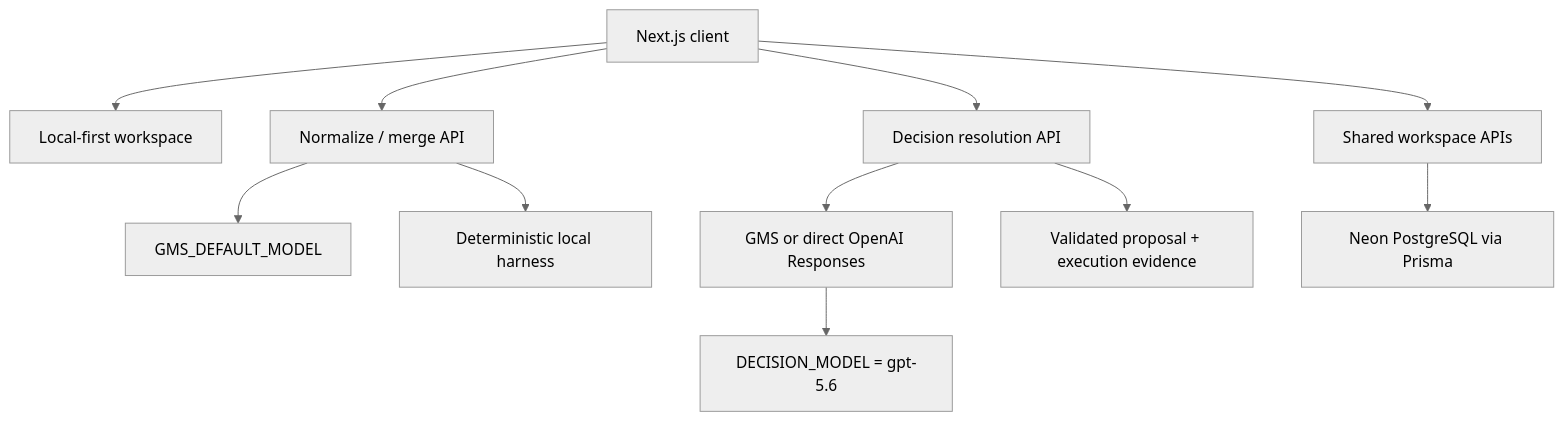
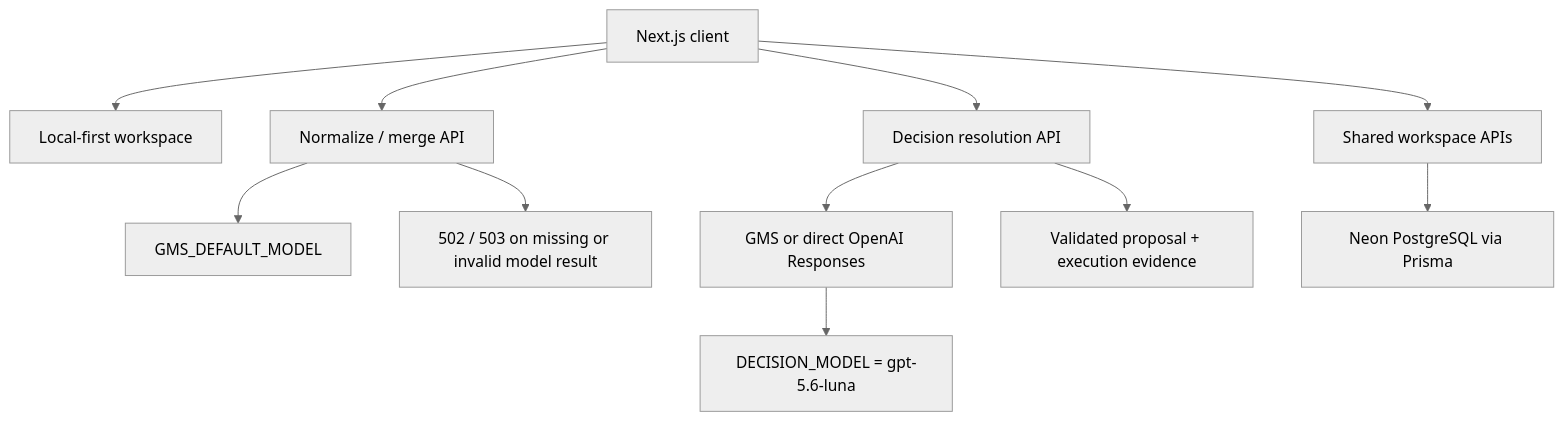
The second of 2 diagrams in README.md (whtjddlr/planmerge-ai), drawn with Mermaid (neutral theme) before and after one commit. The commit also changed other lines of this file and 37 other files, not shown here.

````diff
--- a/README.md
+++ b/README.md
@@ -209,13 +215,13 @@
 ```mermaid
 flowchart TB
     UI["Next.js client"] --> Local["Local-first workspace"]
     UI --> MergeAPI["Normalize / merge API"]
     UI --> ResolutionAPI["Decision resolution API"]
     MergeAPI --> DefaultModel["GMS_DEFAULT_MODEL"]
     ResolutionAPI --> DecisionProvider["GMS or direct OpenAI Responses"]
-    DecisionProvider --> DecisionModel["DECISION_MODEL = gpt-5.6"]
+    DecisionProvider --> DecisionModel["DECISION_MODEL = gpt-5.6-luna"]
     ResolutionAPI --> Evidence["Validated proposal + execution evidence"]
     UI --> WorkspaceAPI["Shared workspace APIs"]
     WorkspaceAPI --> DB["Neon PostgreSQL via Prisma"]
-    MergeAPI --> Harness["Deterministic local harness"]
+    MergeAPI --> Failure["502 / 503 on missing or invalid model result"]
 ```
````
